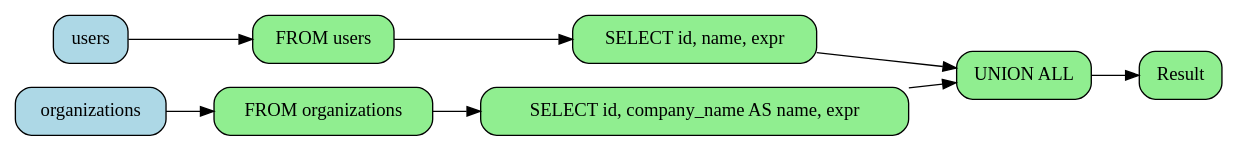
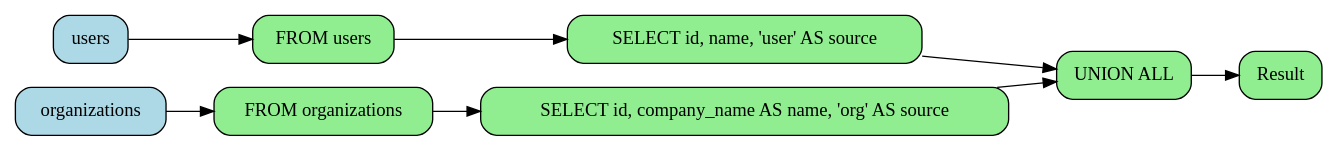
Before and after one commit to rot1024/sqloflow: the diagram in examples/union_query_operation.dot, drawn with Graphviz. The commit also changed 41 other files, not shown here.

```diff
--- a/examples/union_query_operation.dot
+++ b/examples/union_query_operation.dot
@@ -1,23 +1,23 @@
 digraph sqloflow {
   rankdir=LR;
   node [shape=box, style=rounded];
 
   // Node definitions
   node_0 [label="users", fillcolor=lightblue, style="filled,rounded"];
   node_4 [label="organizations", fillcolor=lightblue, style="filled,rounded"];
   node_1 [label="FROM users", fillcolor=lightgreen, style="filled,rounded"];
-  node_2 [label="SELECT id, name, expr", fillcolor=lightgreen, style="filled,rounded"];
+  node_2 [label="SELECT id, name, 'user' AS source", fillcolor=lightgreen, style="filled,rounded"];
   node_3 [label="UNION ALL", fillcolor=lightgreen, style="filled,rounded"];
   node_5 [label="FROM organizations", fillcolor=lightgreen, style="filled,rounded"];
-  node_6 [label="SELECT id, company_name AS name, expr", fillcolor=lightgreen, style="filled,rounded"];
+  node_6 [label="SELECT id, company_name AS name, 'org' AS source", fillcolor=lightgreen, style="filled,rounded"];
   node_7 [label="Result", fillcolor=lightgreen, style="filled,rounded"];
 
   // Edges
   node_0 -> node_1 [color=black];
   node_1 -> node_2 [color=black];
   node_2 -> node_3 [color=black];
   node_4 -> node_5 [color=black];
   node_5 -> node_6 [color=black];
   node_6 -> node_3 [color=black];
   node_3 -> node_7 [color=black];
 }
```
